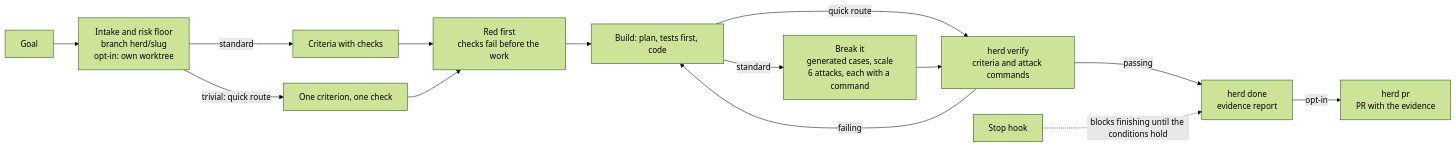
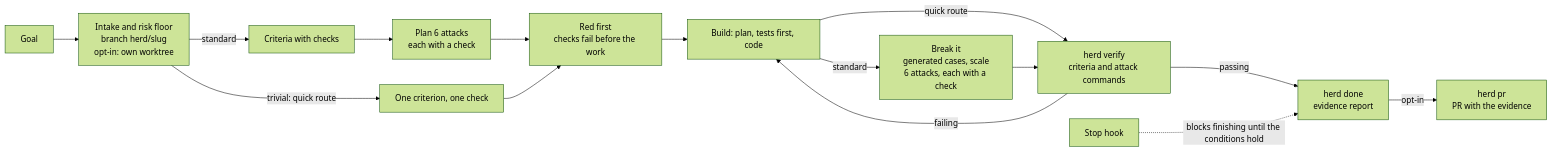
Before and after one commit to Beovulfo/herd-sdlc: the diagram in README.md, drawn with Mermaid (forest theme). The commit also changed other lines of this file and 10 other files, not shown here.

````diff
--- a/README.md
+++ b/README.md
@@ -56,16 +56,17 @@
 ```mermaid
 flowchart LR
     A[Goal] --> B[Intake and risk floor<br/>branch herd/slug<br/>opt-in: own worktree]
     B -->|standard| C[Criteria with checks]
     B -->|trivial: quick route| Q[One criterion, one check]
-    C --> R[Red first<br/>checks fail before the work]
+    C --> K[Plan 6 attacks<br/>each with a check]
+    K --> R[Red first<br/>checks fail before the work]
     Q --> R
     R --> D[Build: plan, tests first, code]
-    D -->|standard| X[Break it<br/>generated cases, scale<br/>6 attacks, each with a command]
+    D -->|standard| X[Break it<br/>generated cases, scale<br/>6 attacks, each with a check]
     D -->|quick route| F
     X --> F[herd verify<br/>criteria and attack commands]
     F -->|failing| D
     F -->|passing| G[herd done<br/>evidence report]
     S[Stop hook] -.->|blocks finishing until the conditions hold| G
     G -->|opt-in| P[herd pr<br/>PR with the evidence]
 ```
````
